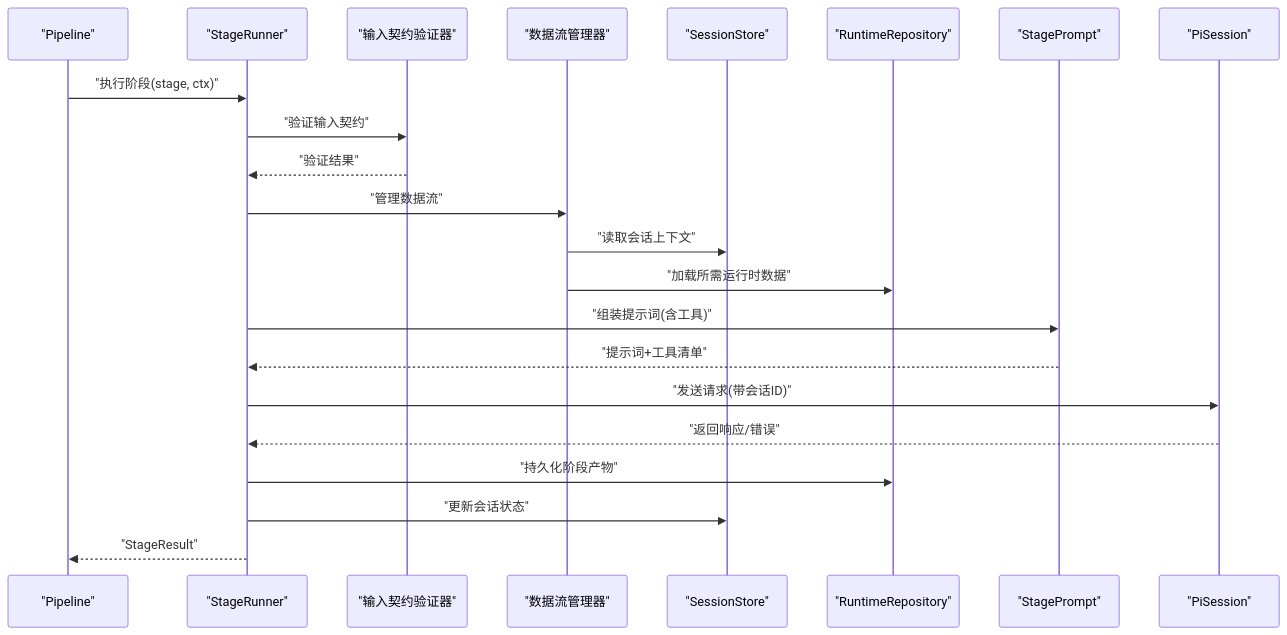
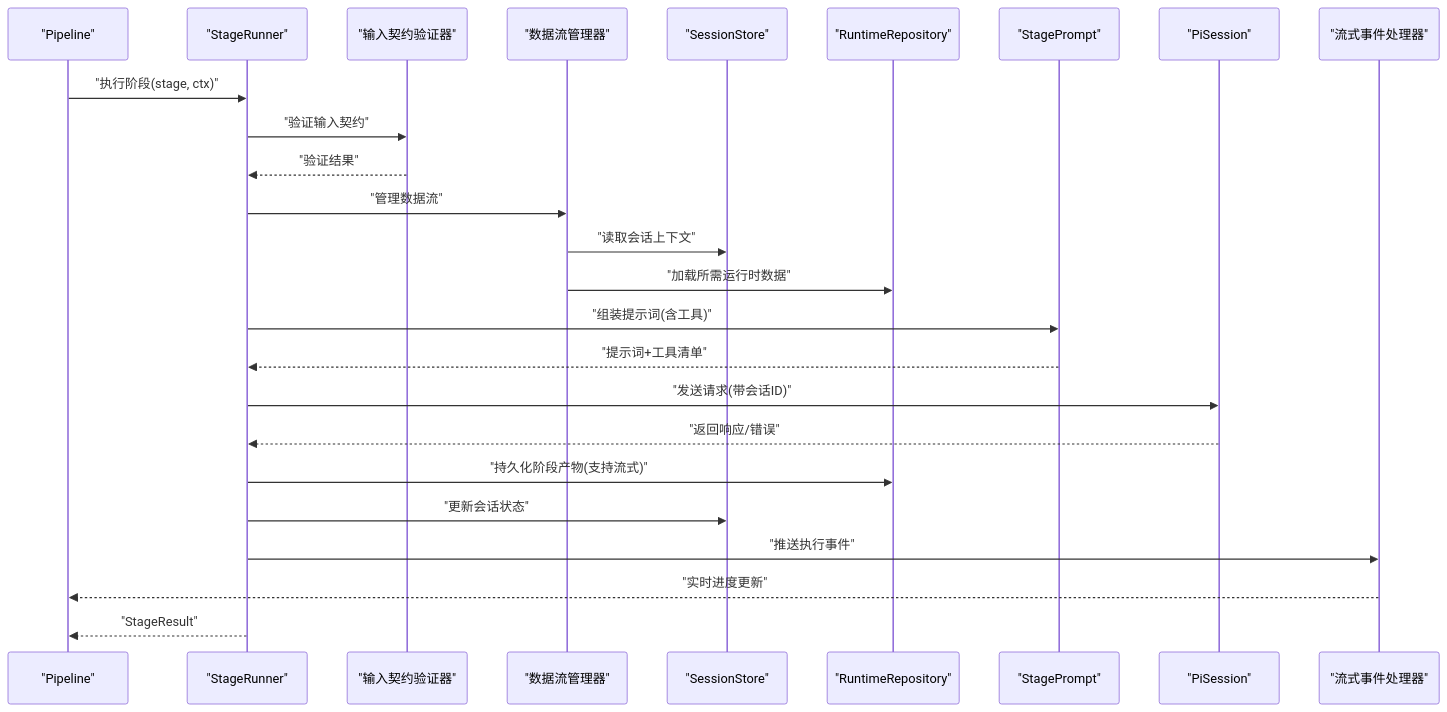
Before and after one commit to AIMFllyYS/code-video-canvas: the third of 5 diagrams in .qoder/repowiki/zh/content/架构设计/核心模块设计/导演系统设计/导演系统设计.md, drawn with Mermaid. The commit also changed other lines of this file and 47 other files, not shown here.

````diff
--- a/.qoder/repowiki/zh/content/架构设计/核心模块设计/导演系统设计/导演系统设计.md
+++ b/.qoder/repowiki/zh/content/架构设计/核心模块设计/导演系统设计/导演系统设计.md
@@ -247,24 +284,27 @@
 ```mermaid
 sequenceDiagram
 participant P as "Pipeline"
 participant R as "StageRunner"
 participant V as "输入契约验证器"
 participant D as "数据流管理器"
 participant S as "SessionStore"
 participant Repo as "RuntimeRepository"
 participant Prompt as "StagePrompt"
 participant AI as "PiSession"
+participant Stream as "流式事件处理器"
 P->>R : "执行阶段(stage, ctx)"
 R->>V : "验证输入契约"
 V-->>R : "验证结果"
 R->>D : "管理数据流"
 D->>S : "读取会话上下文"
 D->>Repo : "加载所需运行时数据"
 R->>Prompt : "组装提示词(含工具)"
 Prompt-->>R : "提示词+工具清单"
 R->>AI : "发送请求(带会话ID)"
 AI-->>R : "返回响应/错误"
-R->>Repo : "持久化阶段产物"
+R->>Repo : "持久化阶段产物(支持流式)"
 R->>S : "更新会话状态"
+R->>Stream : "推送执行事件"
+Stream-->>P : "实时进度更新"
 R-->>P : "StageResult"
 ```
````
